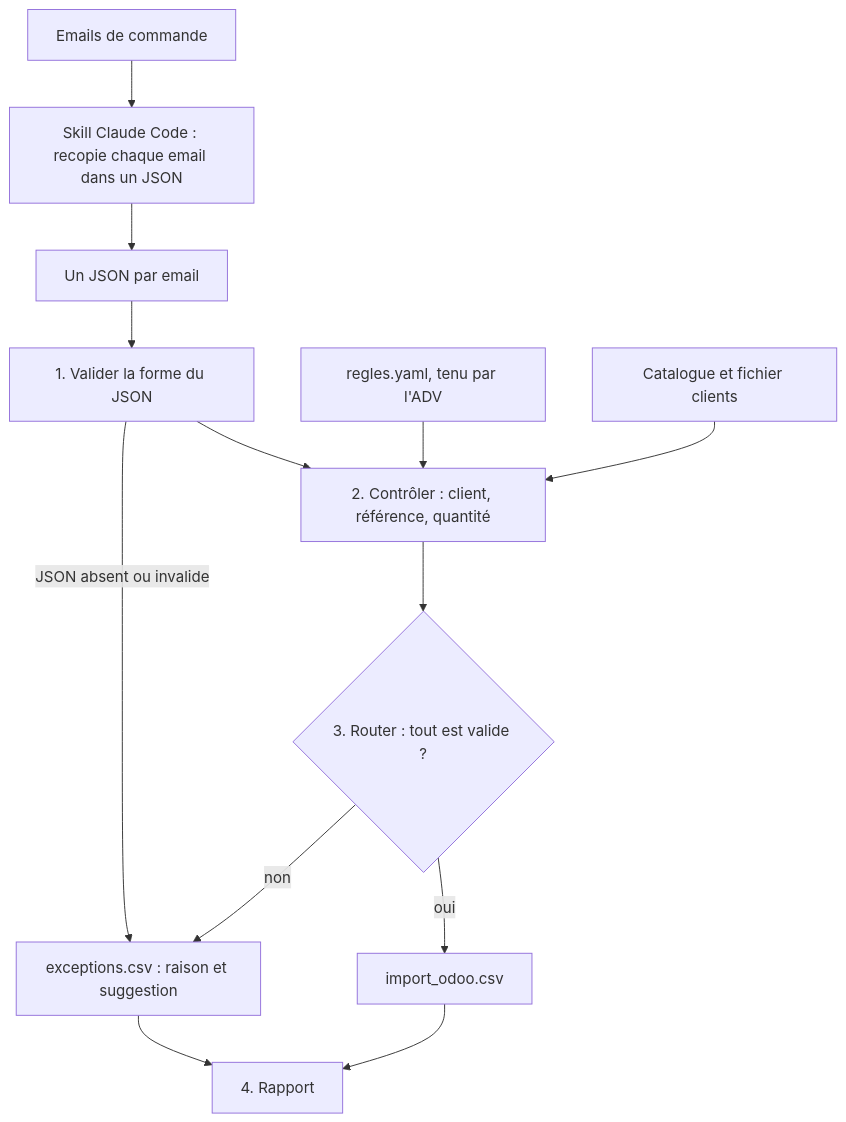
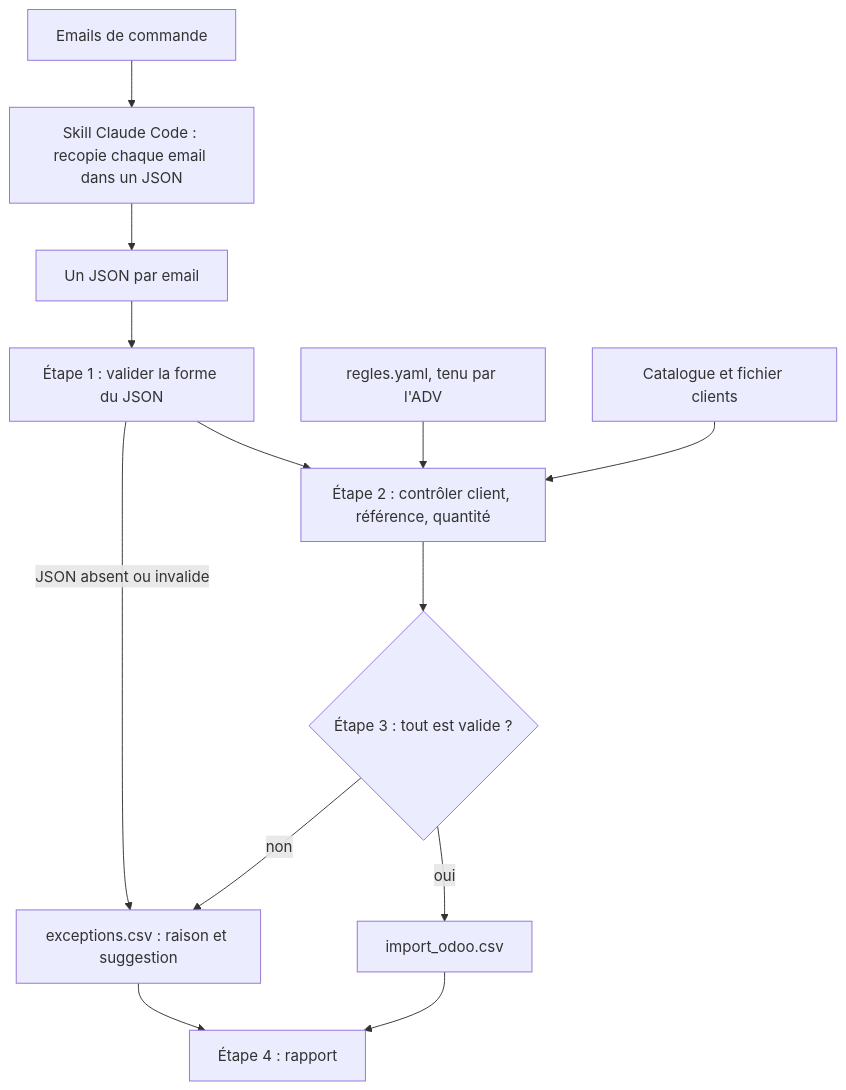
One commit to Leo-mariaconty/b2b-order-intake-agent changed the diagram in README.md. Above: the diagram before and after it, drawn with Mermaid. The commit also changed other lines of this file, not shown here.

Commit message:
README : schéma Mermaid plus robuste et emplacements à compléter reformulés
Claude-Session: https://claude.ai/code/session_01RRctBBxM4ZvCFVV6CZDM2b

````diff
--- a/README.md
+++ b/README.md
@@ -148,15 +148,15 @@
 ```mermaid
 flowchart TD
-    A[Emails de commande] --> B[Skill Claude Code : recopie chaque email dans un JSON]
-    B --> C[Un JSON par email]
-    C --> D[1. Valider la forme du JSON]
-    D --> E[2. Contrôler : client, référence, quantité]
-    R[regles.yaml, tenu par l'ADV] --> E
-    K[Catalogue et fichier clients] --> E
-    E --> F{3. Router : tout est valide ?}
-    F -- oui --> G[import_odoo.csv]
-    F -- non --> H[exceptions.csv : raison et suggestion]
-    D -- JSON absent ou invalide --> H
-    G --> I[4. Rapport]
+    A["Emails de commande"] --> B["Skill Claude Code : recopie chaque email dans un JSON"]
+    B --> C["Un JSON par email"]
+    C --> D["Étape 1 : valider la forme du JSON"]
+    D --> E["Étape 2 : contrôler client, référence, quantité"]
+    R["regles.yaml, tenu par l'ADV"] --> E
+    K["Catalogue et fichier clients"] --> E
+    E --> F{"Étape 3 : tout est valide ?"}
+    F -- oui --> G["import_odoo.csv"]
+    F -- non --> H["exceptions.csv : raison et suggestion"]
+    D -- "JSON absent ou invalide" --> H
+    G --> I["Étape 4 : rapport"]
     H --> I
 ```
````
